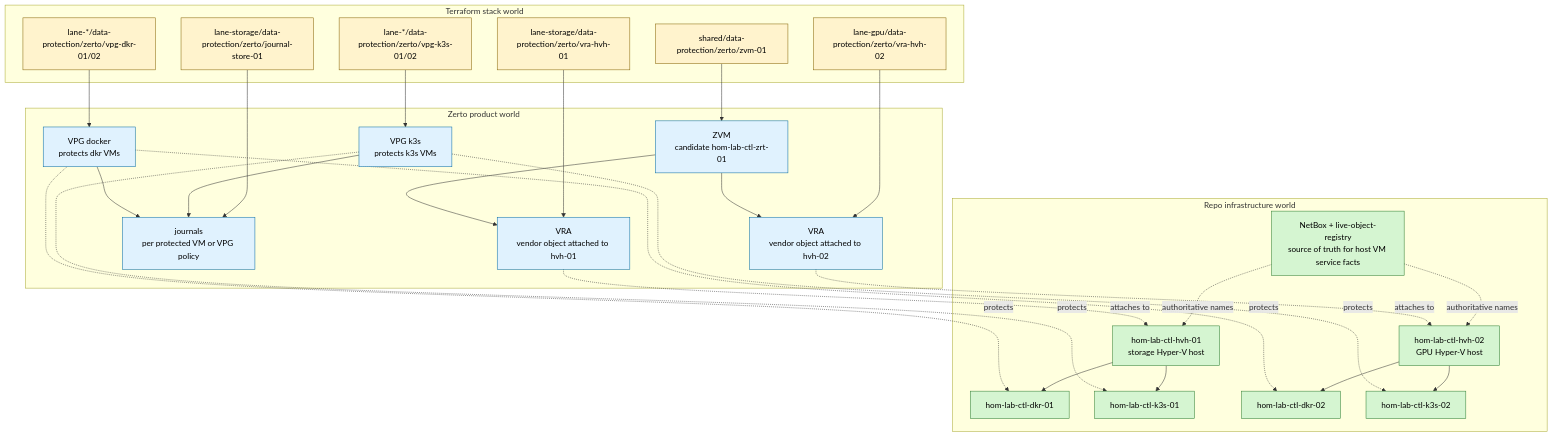
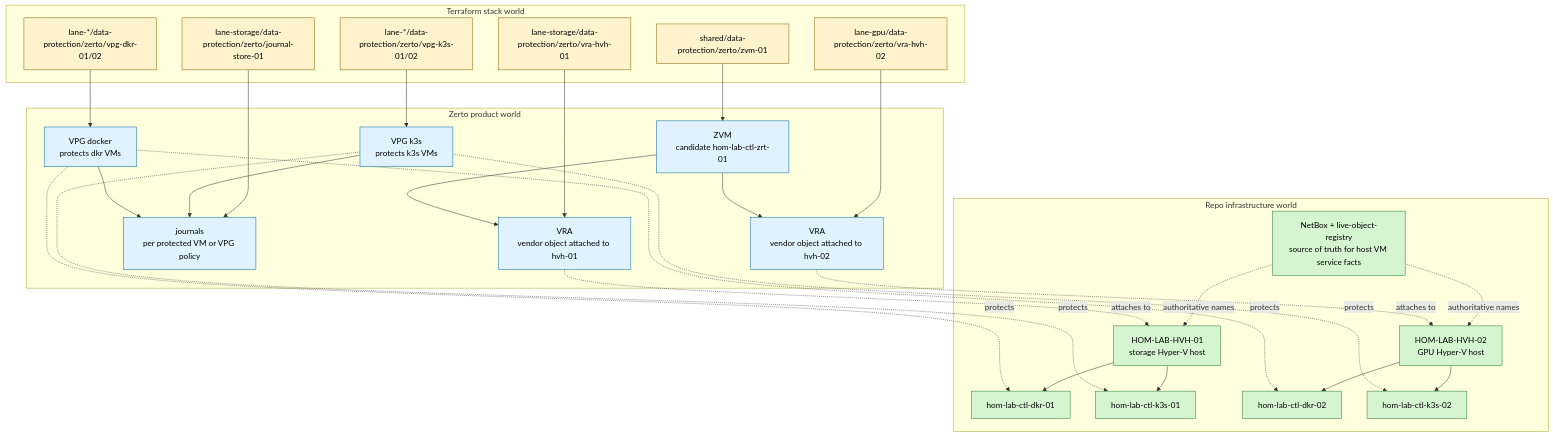
Before and after one commit to doesitscript/dotfile-vnext: the diagram in docs/brainstorming_designs/2026-06-04--data-protection-recovery-patterns/diagrams/cst-hom-lab-ctl-dia-zerto-infra-world-map-01.md, drawn with Mermaid. The commit also changed other lines of this file and 271 other files, not shown here.

First line of the commit message:
Rename schema dropping middle ctl and update HOM-LAB-CTL-HVH-01

````diff
--- a/docs/brainstorming_designs/2026-06-04--data-protection-recovery-patterns/diagrams/cst-hom-lab-ctl-dia-zerto-infra-world-map-01.md
+++ b/docs/brainstorming_designs/2026-06-04--data-protection-recovery-patterns/diagrams/cst-hom-lab-ctl-dia-zerto-infra-world-map-01.md
@@ -16,63 +16,63 @@
 ```mermaid
 flowchart TB
   subgraph infra [Repo infrastructure world]
     NBX["NetBox + live-object-registry\nsource of truth for host VM service facts"]
-    HVH01["hom-lab-ctl-hvh-01\nstorage Hyper-V host"]
-    HVH02["hom-lab-ctl-hvh-02\nGPU Hyper-V host"]
+    HVH01["HOM-LAB-HVH-01\nstorage Hyper-V host"]
+    HVH02["HOM-LAB-HVH-02\nGPU Hyper-V host"]
     DKR01["hom-lab-ctl-dkr-01"]
     K3S01["hom-lab-ctl-k3s-01"]
     DKR02["hom-lab-ctl-dkr-02"]
     K3S02["hom-lab-ctl-k3s-02"]
   end
 
   subgraph tf [Terraform stack world]
     ZVM_UNIT["shared/data-protection/zerto/zvm-01"]
     VRA01_UNIT["lane-storage/data-protection/zerto/vra-hvh-01"]
     VRA02_UNIT["lane-gpu/data-protection/zerto/vra-hvh-02"]
     VPG_K3S["lane-*/data-protection/zerto/vpg-k3s-01/02"]
     VPG_DKR["lane-*/data-protection/zerto/vpg-dkr-01/02"]
     JRN_UNIT["lane-storage/data-protection/zerto/journal-store-01"]
   end
 
   subgraph zerto [Zerto product world]
     ZVM["ZVM\ncandidate hom-lab-ctl-zrt-01"]
     VRA01["VRA\nvendor object attached to hvh-01"]
     VRA02["VRA\nvendor object attached to hvh-02"]
     VPG1["VPG k3s\nprotects k3s VMs"]
     VPG2["VPG docker\nprotects dkr VMs"]
     JOURNAL["journals\nper protected VM or VPG policy"]
   end
 
   NBX -. "authoritative names" .-> HVH01
   NBX -. "authoritative names" .-> HVH02
 
   HVH01 --> DKR01
   HVH01 --> K3S01
   HVH02 --> DKR02
   HVH02 --> K3S02
 
   ZVM_UNIT --> ZVM
   VRA01_UNIT --> VRA01
   VRA02_UNIT --> VRA02
   VPG_K3S --> VPG1
   VPG_DKR --> VPG2
   JRN_UNIT --> JOURNAL
 
   VRA01 -. "attaches to" .-> HVH01
   VRA02 -. "attaches to" .-> HVH02
   VPG1 -. "protects" .-> K3S01
   VPG1 -. "protects" .-> K3S02
   VPG2 -. "protects" .-> DKR01
   VPG2 -. "protects" .-> DKR02
   VPG1 --> JOURNAL
   VPG2 --> JOURNAL
   ZVM --> VRA01
   ZVM --> VRA02
 
   classDef live fill:#d5f5d1,stroke:#2e7d32,color:#000;
   classDef candidate fill:#fff3cd,stroke:#856404,color:#000;
   classDef product fill:#e0f2fe,stroke:#0369a1,color:#000;
   class NBX,HVH01,HVH02,DKR01,K3S01,DKR02,K3S02 live;
   class ZVM_UNIT,VRA01_UNIT,VRA02_UNIT,VPG_K3S,VPG_DKR,JRN_UNIT candidate;
   class ZVM,VRA01,VRA02,VPG1,VPG2,JOURNAL product;
 ```
````
